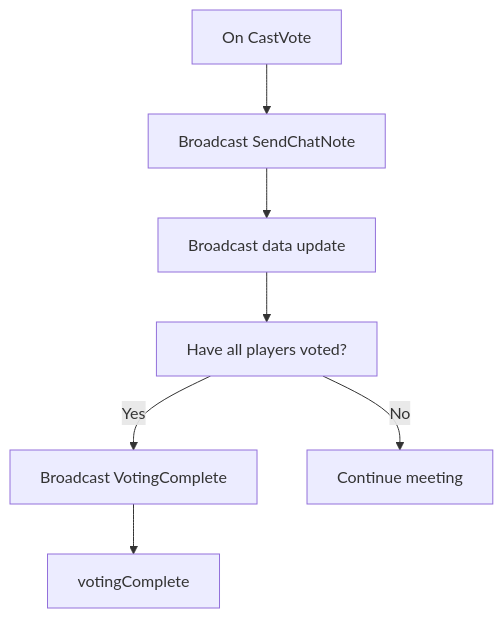
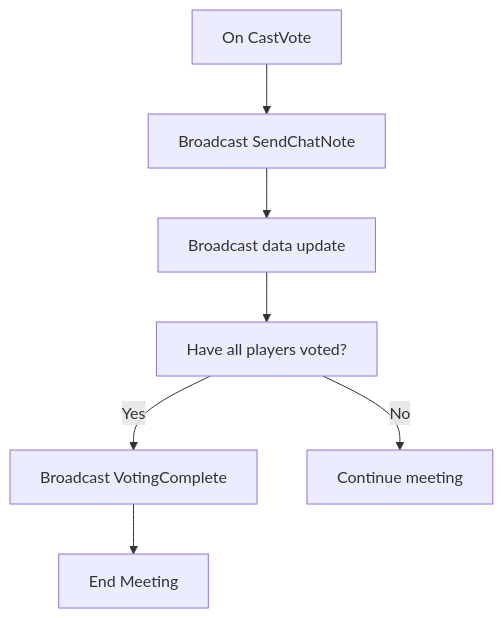
The diagram in content/networking/rpc/cast_vote_diagram.mmd (MrMelon54/auwiki), drawn with Mermaid before and after one commit. The commit also changed 12 other files, not shown here.

Commit message:
Update flows and diagrams

```diff
--- a/content/networking/rpc/cast_vote_diagram.mmd
+++ b/content/networking/rpc/cast_vote_diagram.mmd
@@ -1,13 +1,13 @@
 flowchart TB
     castVote[On CastVote] --> sendChatNote
     sendChatNote[Broadcast SendChatNote] --> dataUpdate
     dataUpdate[Broadcast data update] --> haveAllPlayersVoted
     haveAllPlayersVoted[Have all players voted?]
 
     haveAllPlayersVoted -- Yes --> votingComplete
     haveAllPlayersVoted -- No --> continue
 
     votingComplete[Broadcast VotingComplete] --> endMeeting
-    endMeeting[votingComplete]
+    endMeeting[End Meeting]
 
     continue[Continue meeting]
```
